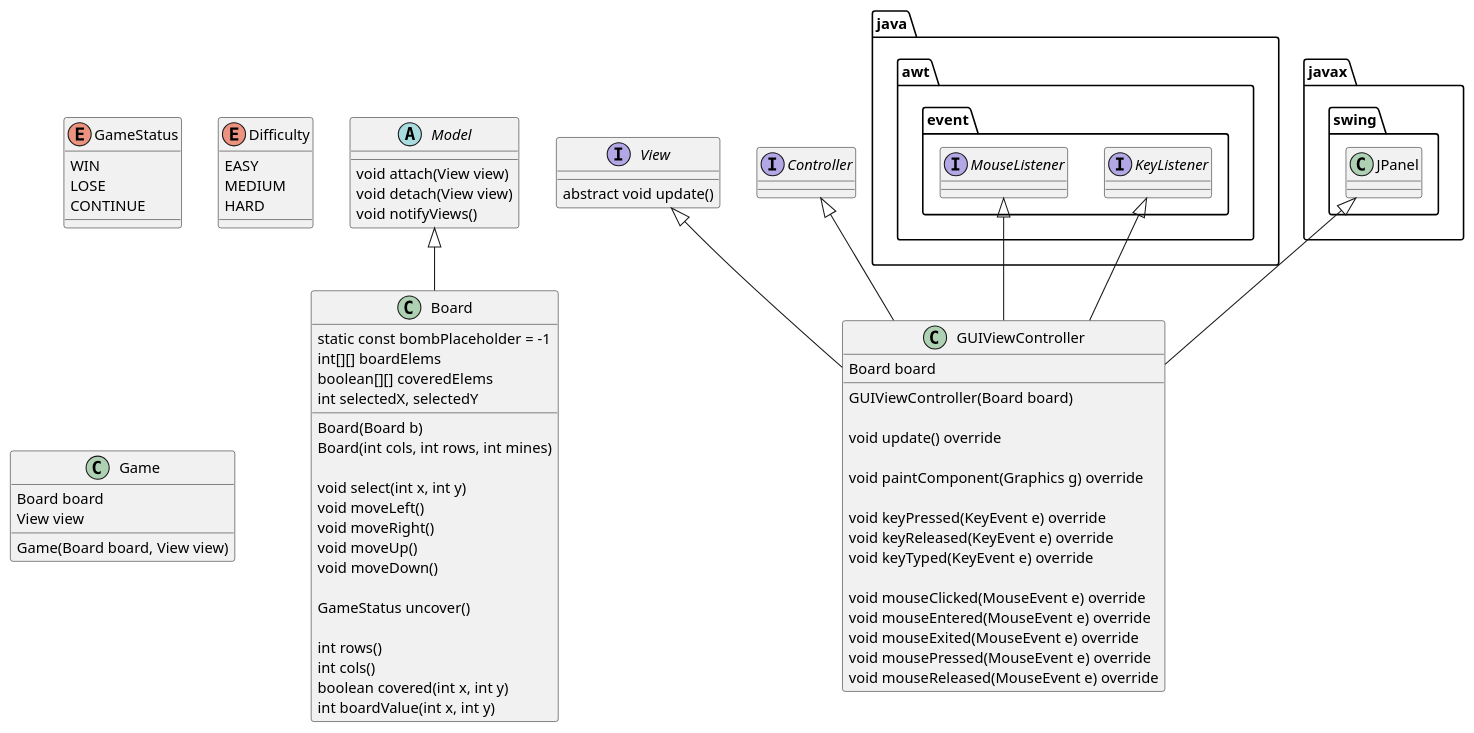
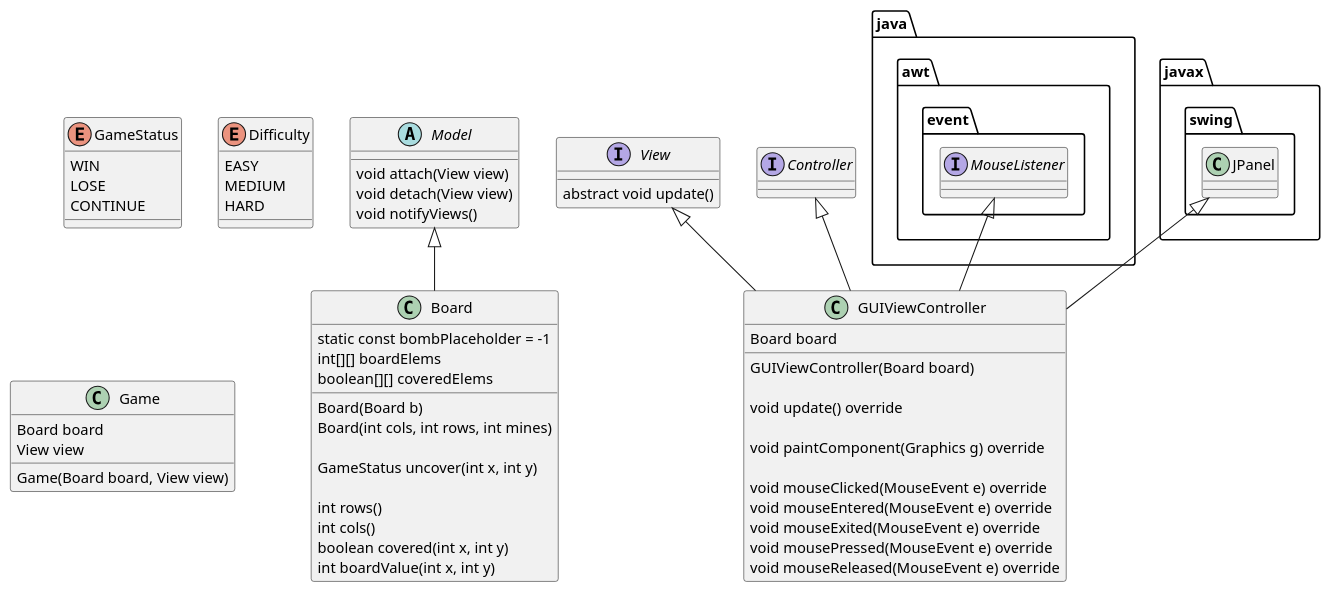
The diagram in design/minesweeper.plantuml (MarkMizzi/minesweeper), drawn with PlantUML before and after one commit.

Commit message:
[task2] remove keyboard interface, unneccessary

```diff
--- a/design/minesweeper.plantuml
+++ b/design/minesweeper.plantuml
@@ -1,89 +1,76 @@
 @startuml
 
 abstract class Model {
     void attach(View view)
     void detach(View view)
     void notifyViews()
 }
 
 class Board {
 
     static const bombPlaceholder = -1
     int[][] boardElems
     boolean[][] coveredElems
-    int selectedX, selectedY
 
     Board(Board b)
     Board(int cols, int rows, int mines)
 
-    void select(int x, int y)
-    void moveLeft()
-    void moveRight()
-    void moveUp()
-    void moveDown()
-
-    GameStatus uncover()
+    GameStatus uncover(int x, int y)
 
     int rows()
     int cols()
     boolean covered(int x, int y)
     int boardValue(int x, int y)
 }
 
 enum GameStatus {
     WIN
     LOSE
     CONTINUE
 }
 
 enum Difficulty {
     EASY
     MEDIUM
     HARD
 }
 
 class GUIViewController {
     Board board
 
     GUIViewController(Board board)
 
     void update() override
 
     void paintComponent(Graphics g) override
 
-    void keyPressed(KeyEvent e) override
-    void keyReleased(KeyEvent e) override
-    void keyTyped(KeyEvent e) override
-
     void mouseClicked(MouseEvent e) override
     void mouseEntered(MouseEvent e) override
     void mouseExited(MouseEvent e) override
     void mousePressed(MouseEvent e) override
     void mouseReleased(MouseEvent e) override
 }
 
 interface View {
     abstract void update()
 }
 
 class Game {
     Board board
     View view
 
     Game(Board board, View view)
 }
 
-interface java.awt.event.KeyListener
 interface java.awt.event.MouseListener
 class javax.swing.JPanel
 
 interface Controller
 
 Model <|-- Board
 Controller <|-- GUIViewController
 View <|-- GUIViewController
-java.awt.event.KeyListener <|-- GUIViewController
 java.awt.event.MouseListener <|-- GUIViewController
 javax.swing.JPanel <|-- GUIViewController
 
 @enduml
```
